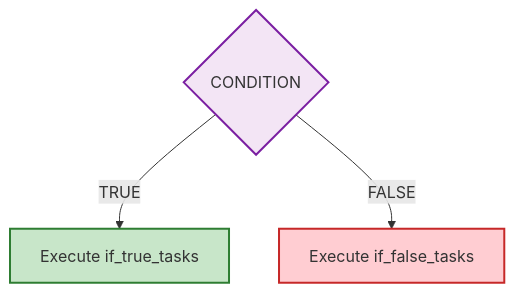
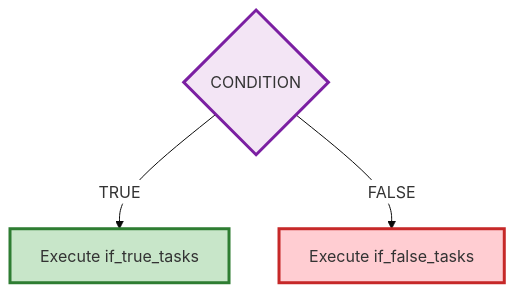
Before and after one commit to bastelbude1/Tasker: the fifth of 7 diagrams in TaskER_FlowChart.md, drawn with Mermaid. The commit also changed other lines of this file, not shown here.

First line of the commit message:
🎯 Split End Block into Success/Failure and improve graph visibility

````diff
--- a/TaskER_FlowChart.md
+++ b/TaskER_FlowChart.md
@@ -191,9 +195,10 @@
 ```mermaid
+%%{init: {'theme':'base', 'themeVariables': {'primaryColor':'#ffffff'}}}%%
 flowchart TD
     A{CONDITION} -->|TRUE| B[Execute if_true_tasks]
     A -->|FALSE| C[Execute if_false_tasks]
 
-    style A fill:#f3e5f5,stroke:#7b1fa2,stroke-width:2px
-    style B fill:#c8e6c9,stroke:#2e7d32,stroke-width:2px
-    style C fill:#ffcdd2,stroke:#c62828,stroke-width:2px
+    style A fill:#f3e5f5,stroke:#7b1fa2,stroke-width:3px
+    style B fill:#c8e6c9,stroke:#2e7d32,stroke-width:3px
+    style C fill:#ffcdd2,stroke:#c62828,stroke-width:3px
 ```
````
